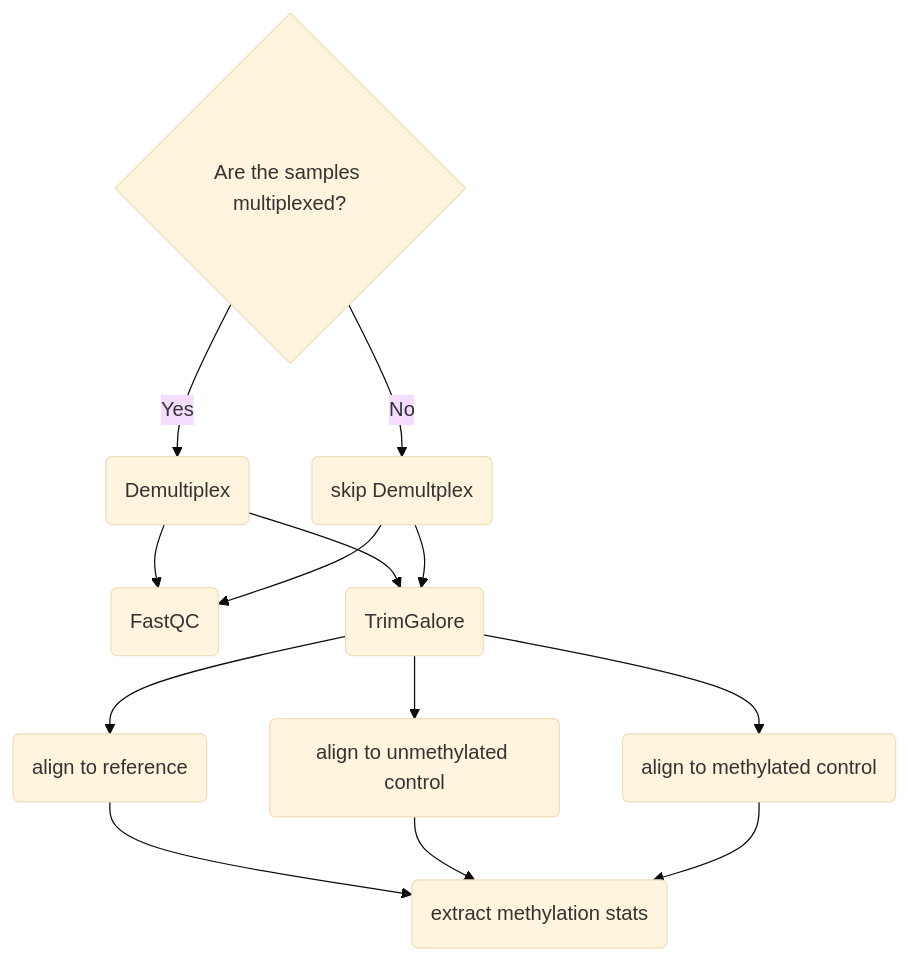
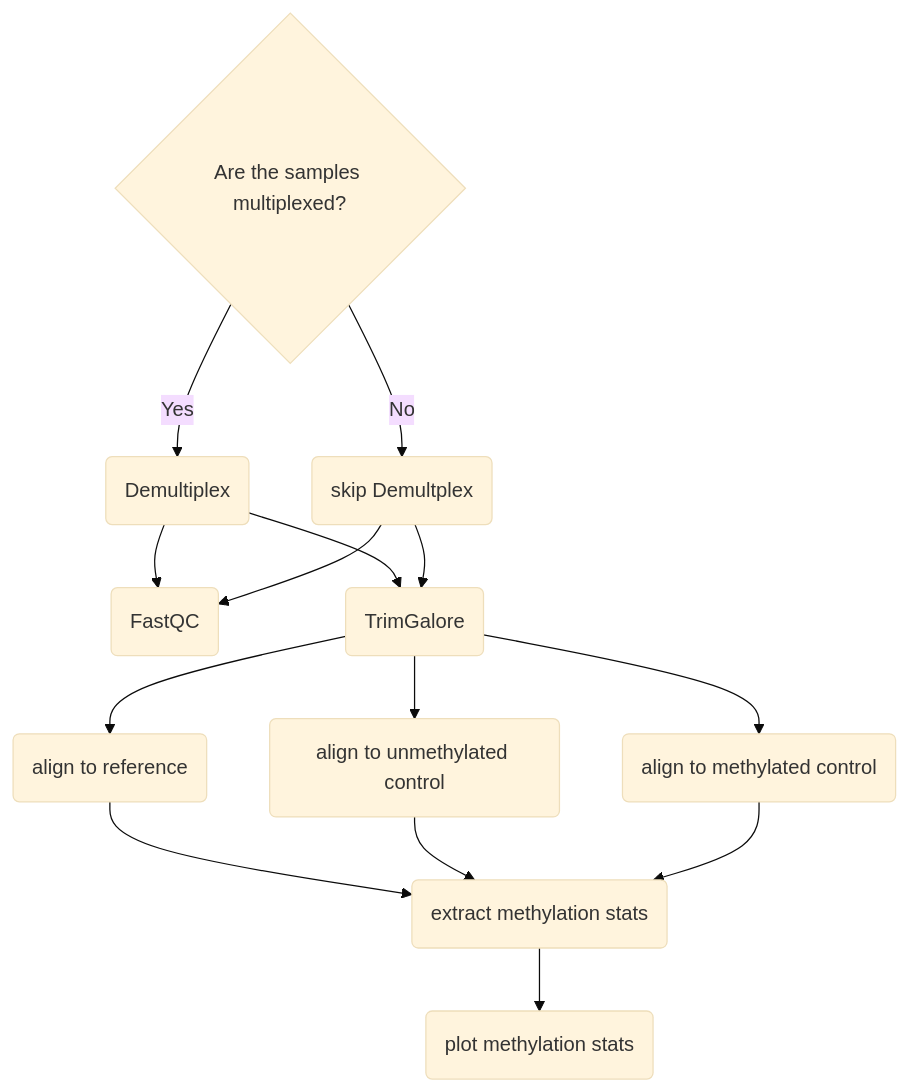
Before and after one commit to chelauk/nf-core-demultiplex-methylation: the diagram in docs/usage.md, drawn with Mermaid (base theme).

````diff
--- a/docs/usage.md
+++ b/docs/usage.md
@@ -7,16 +7,17 @@
 ```mermaid
 flowchart TD
 step1{Are the samples multiplexed?}
 step1 -->|Yes| step1a(Demultiplex)
 step1 -->|No| step1b(skip Demultplex)
 step1a --> step2(FastQC)
 step1b --> step2(FastQC)
 step1a --> step3(TrimGalore)
 step1b --> step3(TrimGalore)
 step3 --> step4(align to reference)
 step3 --> step5(align to unmethylated control)
 step3 --> step6(align to methylated control)
 step4 --> step7(extract methylation stats)
 step5 --> step7(extract methylation stats)
 step6 --> step7(extract methylation stats)
+step7 --> step8(plot methylation stats)
 ```
````
